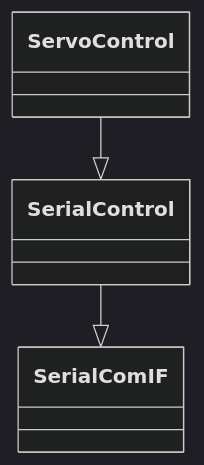
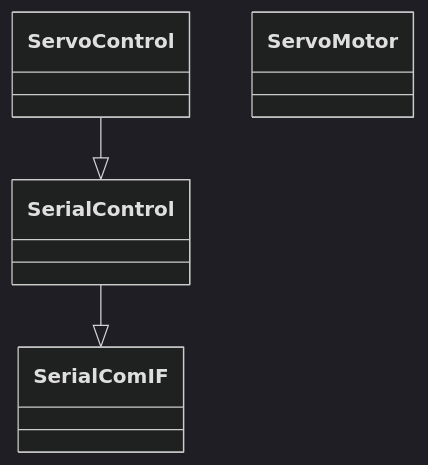
Before and after one commit to yumekasa5/Pyhton: the diagram in memos/classdiagram.md, drawn with Mermaid (dark theme). The commit also changed other lines of this file and 1 other file, not shown here.

Commit message:
add parate diagram

````diff
--- a/memos/classdiagram.md
+++ b/memos/classdiagram.md
@@ -3,18 +3,22 @@
 ```mermaid
 classDiagram
     class SerialControl{
 
     }
 
     class SerialComIF{
 
     }
 
     class ServoControl{
 
     }
 
+    class ServoMotor{
+
+    }
+
     ServoControl--|>SerialControl
     SerialControl--|>SerialComIF
 
 ```
````
